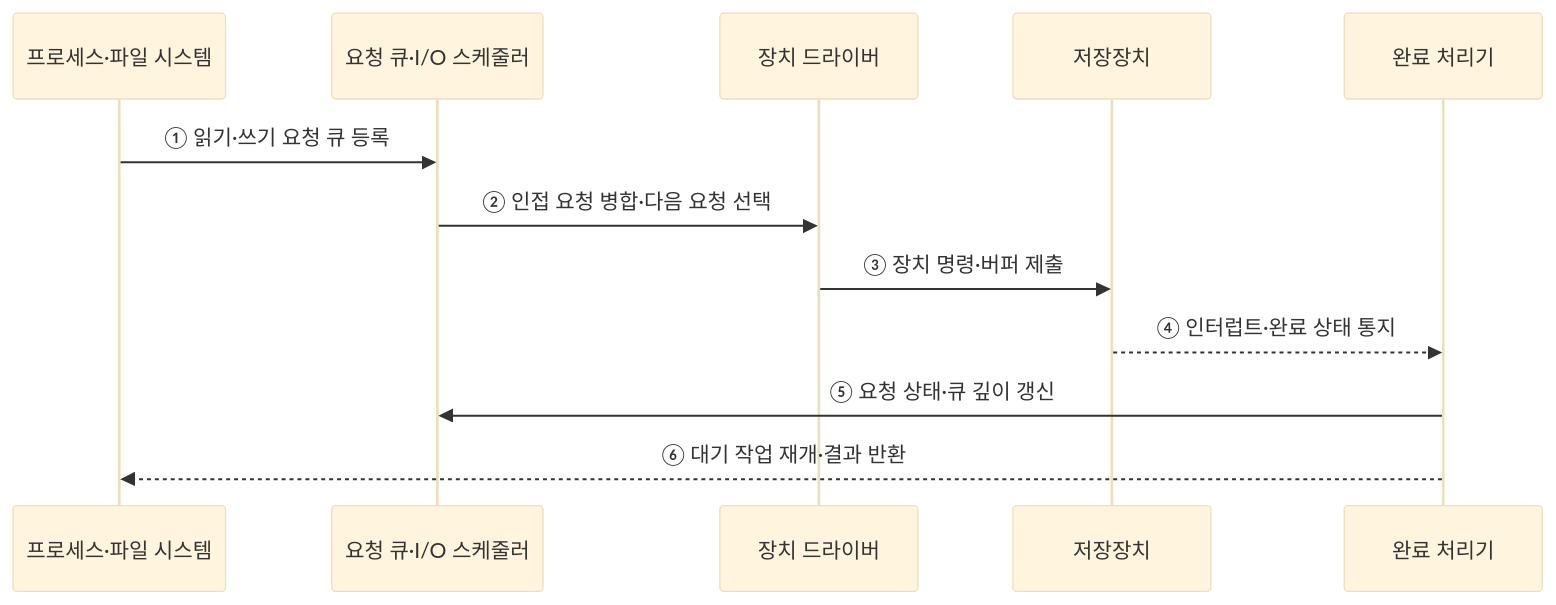
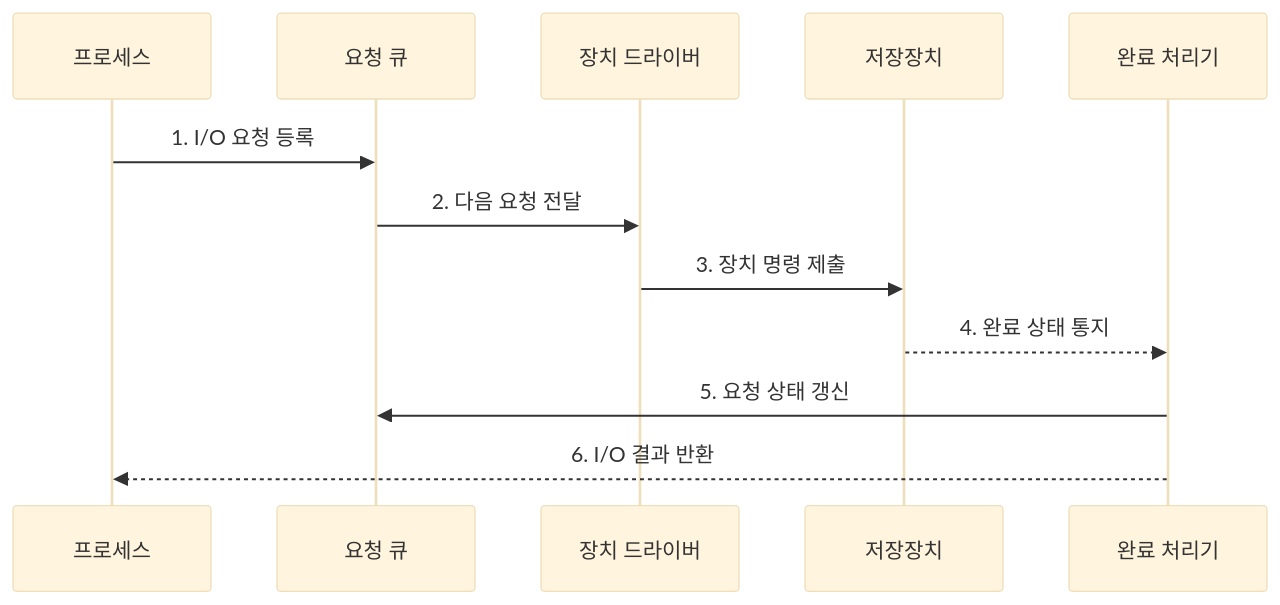
One commit to agnusdei1207/knowledge-base changed the second of 2 diagrams in src/content/docs/notes/03-software/022_io_management_disk_scheduling.md. Above: the diagram before and after it, drawn with Mermaid (base theme). The commit also changed other lines of this file and 20 other files, not shown here.

````diff
--- a/src/content/docs/notes/03-software/022_io_management_disk_scheduling.md
+++ b/src/content/docs/notes/03-software/022_io_management_disk_scheduling.md
@@ -93,14 +94,14 @@
 ```mermaid
 sequenceDiagram
-    participant P as 프로세스·파일 시스템
-    participant Q as 요청 큐·I/O 스케줄러
+    participant P as 프로세스
+    participant Q as 요청 큐
     participant D as 장치 드라이버
     participant V as 저장장치
     participant C as 완료 처리기
-    P->>Q: ① 읽기·쓰기 요청 큐 등록
-    Q->>D: ② 인접 요청 병합·다음 요청 선택
-    D->>V: ③ 장치 명령·버퍼 제출
-    V-->>C: ④ 인터럽트·완료 상태 통지
-    C->>Q: ⑤ 요청 상태·큐 깊이 갱신
-    C-->>P: ⑥ 대기 작업 재개·결과 반환
+    P->>Q: 1. I/O 요청 등록
+    Q->>D: 2. 다음 요청 전달
+    D->>V: 3. 장치 명령 제출
+    V-->>C: 4. 완료 상태 통지
+    C->>Q: 5. 요청 상태 갱신
+    C-->>P: 6. I/O 결과 반환
 ```
````
